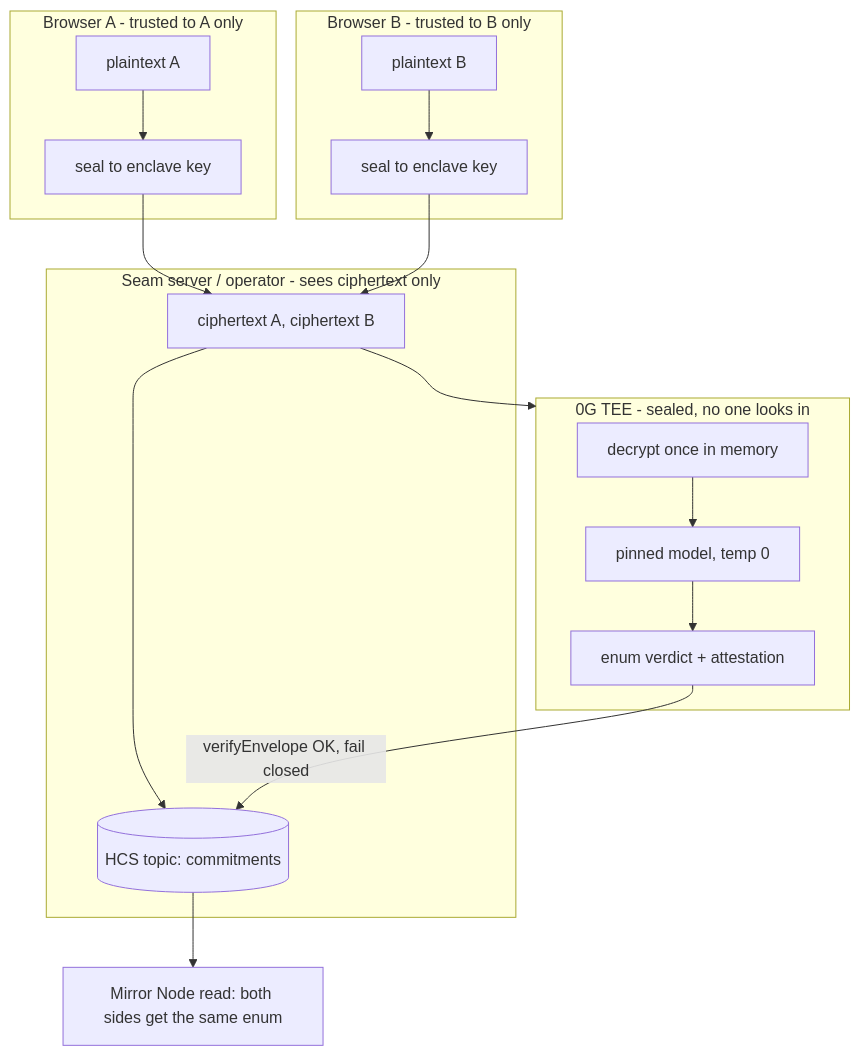
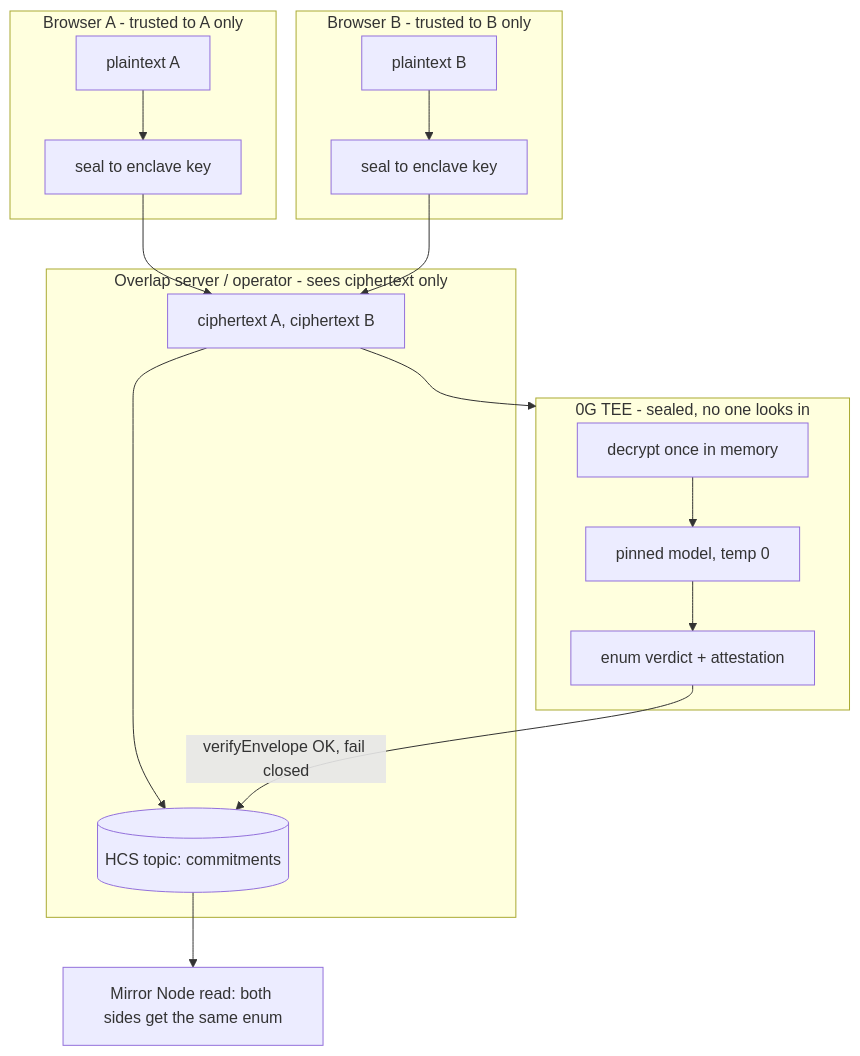
The diagram in docs/transversal/security-and-privacy.md (fabroche/ethglobal-lisboa-2026), drawn with Mermaid before and after one commit. The commit also changed other lines of this file and 55 other files, not shown here.

````diff
--- a/docs/transversal/security-and-privacy.md
+++ b/docs/transversal/security-and-privacy.md
@@ -95,20 +95,20 @@
 ```mermaid
 flowchart TB
   subgraph BROWSER_A[Browser A - trusted to A only]
     PA[plaintext A] --> SA[seal to enclave key]
   end
   subgraph BROWSER_B[Browser B - trusted to B only]
     PB[plaintext B] --> SB[seal to enclave key]
   end
-  subgraph SERVER[Seam server / operator - sees ciphertext only]
+  subgraph SERVER[Overlap server / operator - sees ciphertext only]
     CT[ciphertext A, ciphertext B] --> HCS[(HCS topic: commitments)]
   end
   subgraph ENCLAVE[0G TEE - sealed, no one looks in]
     DEC[decrypt once in memory] --> EVAL[pinned model, temp 0] --> ENUM[enum verdict + attestation]
   end
   SA --> CT
   SB --> CT
   CT --> ENCLAVE
   ENUM -->|verifyEnvelope OK, fail closed| HCS
   HCS --> MIRROR[Mirror Node read: both sides get the same enum]
 ```
````
